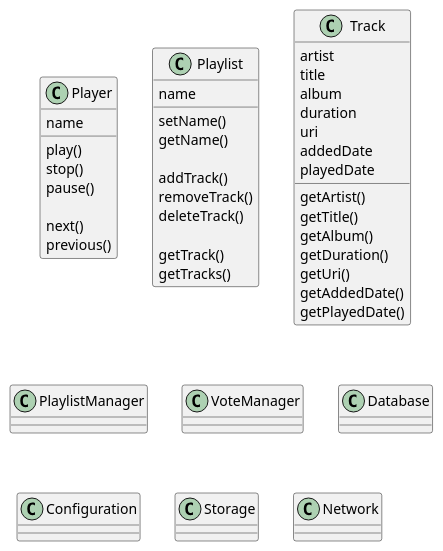
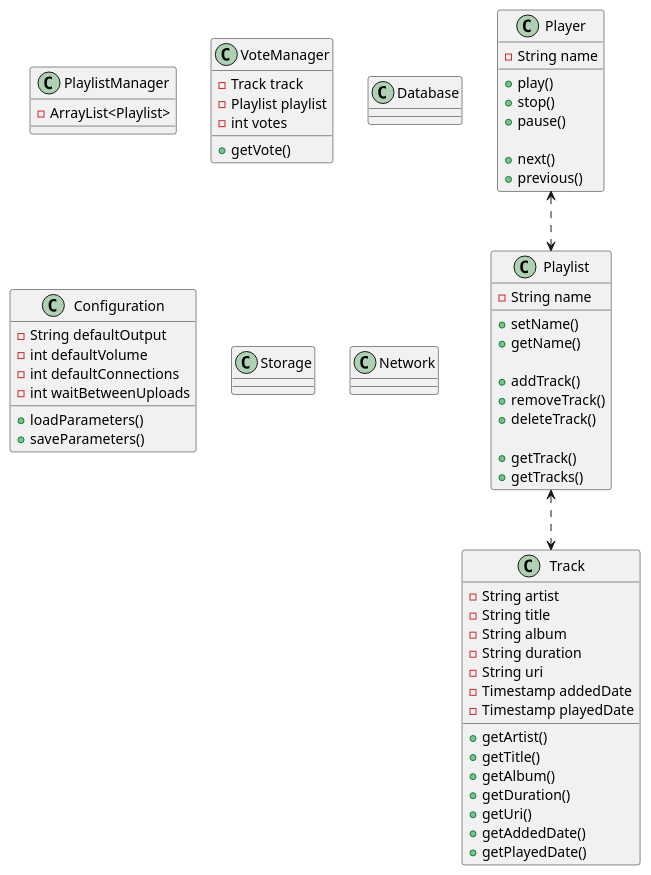
The diagram in UML.plantuml (heig-vd-pro2017/projet), drawn with PlantUML before and after one commit. The commit also changed 1 other file, not shown here.

Commit message:
Mise à jour de l'UML

```diff
--- a/UML.plantuml
+++ b/UML.plantuml
@@ -1,74 +1,83 @@
 @startuml
 
+class Player {
+    -String name
 
-class Player {
-    name
+    +play()
+    +stop()
+    +pause()
 
-    play()
-    stop()
-    pause()
-    
-    next()
-    previous()
+    +next()
+    +previous()
 }
 
 class Playlist {
-    name
+    -String name
 
-    setName()
-    getName()
+    +setName()
+    +getName()
 
-    addTrack()
-    removeTrack()
-    deleteTrack()
+    +addTrack()
+    +removeTrack()
+    +deleteTrack()
 
-    getTrack()
-    getTracks()
+    +getTrack()
+    +getTracks()
 
 }
 
 class Track {
-    artist
-    title
-    album
-    duration
-    uri
-    addedDate
-    playedDate
+    -String artist
+    -String title
+    -String album
+    -String duration
+    -String uri
+    -Timestamp addedDate
+    -Timestamp playedDate
 
-    getArtist()
-    getTitle()
-    getAlbum()
-    getDuration()
-    getUri()
-    getAddedDate()
-    getPlayedDate()
+    +getArtist()
+    +getTitle()
+    +getAlbum()
+    +getDuration()
+    +getUri()
+    +getAddedDate()
+    +getPlayedDate()
 }
 
 class PlaylistManager {
-
+    -ArrayList<Playlist>
 }
 
 class VoteManager {
+    -Track track
+    -Playlist playlist
+    -int votes
 
+    +getVote()
 }
 
 class Database {
 
 }
 
 class Configuration {
+    -String defaultOutput
+    -int defaultVolume
+    -int defaultConnections
+    -int waitBetweenUploads
 
+    +loadParameters()
+    +saveParameters()
 }
 
 class Storage {
 
 }
 
 class Network {
 
 }
 
-
-
+Player <..> Playlist
+Playlist <..> Track
 @enduml
```
